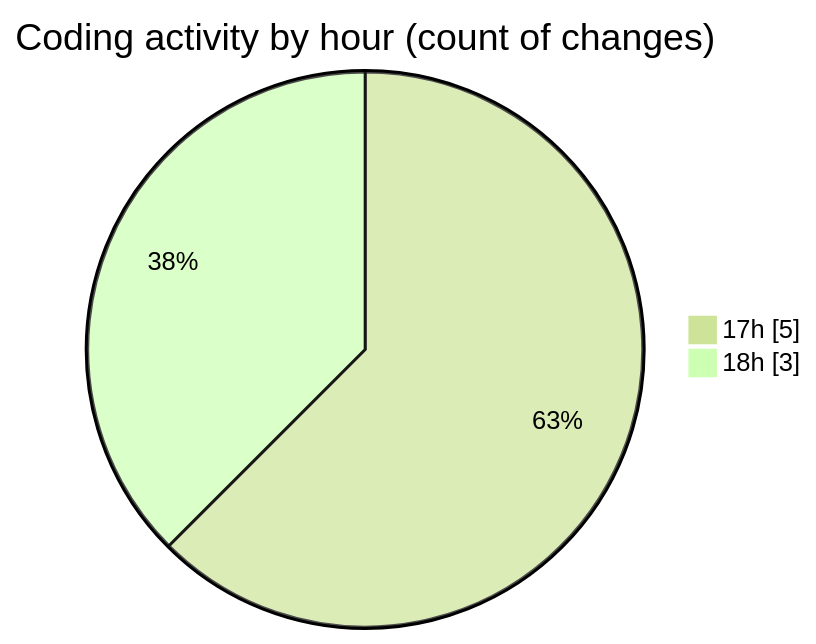
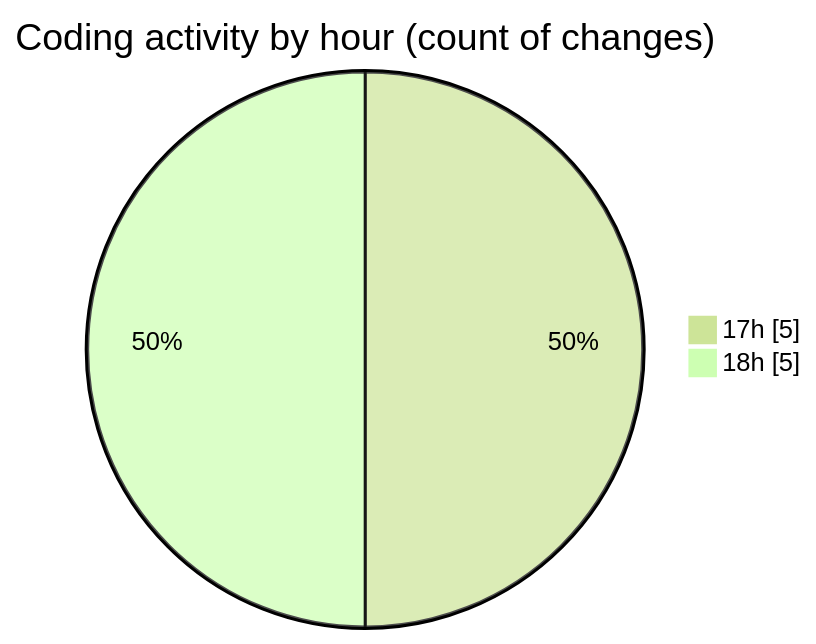
The second of 2 diagrams in 2025-08-22/jmb-woocommerce-price-updater/README.md (debugP/code-tracking), drawn with Mermaid (forest theme) before and after one commit. The commit also changed other lines of this file and 1 other file, not shown here.

````diff
--- a/2025-08-22/jmb-woocommerce-price-updater/README.md
+++ b/2025-08-22/jmb-woocommerce-price-updater/README.md
@@ -28,6 +28,6 @@
 ```mermaid
 pie showData
 title Coding activity by hour (count of changes)
 "17h" : 5
-"18h" : 3
+"18h" : 5
 ```
````
